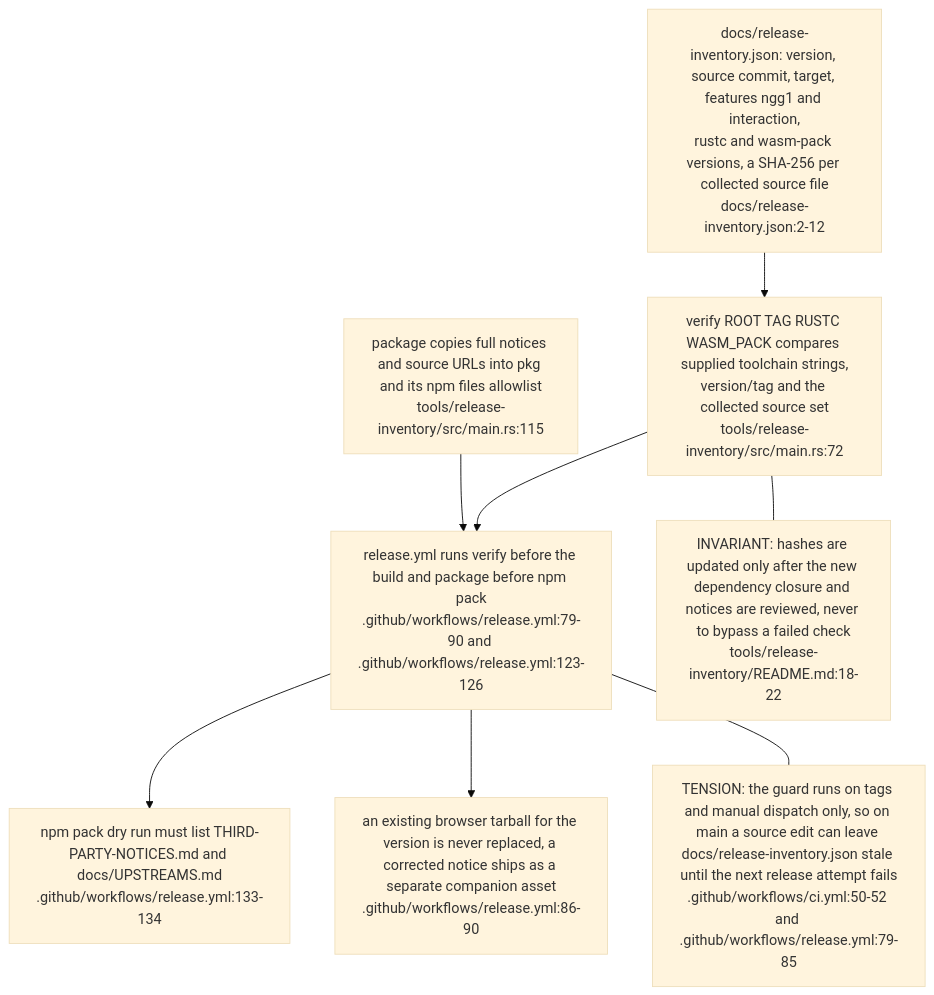
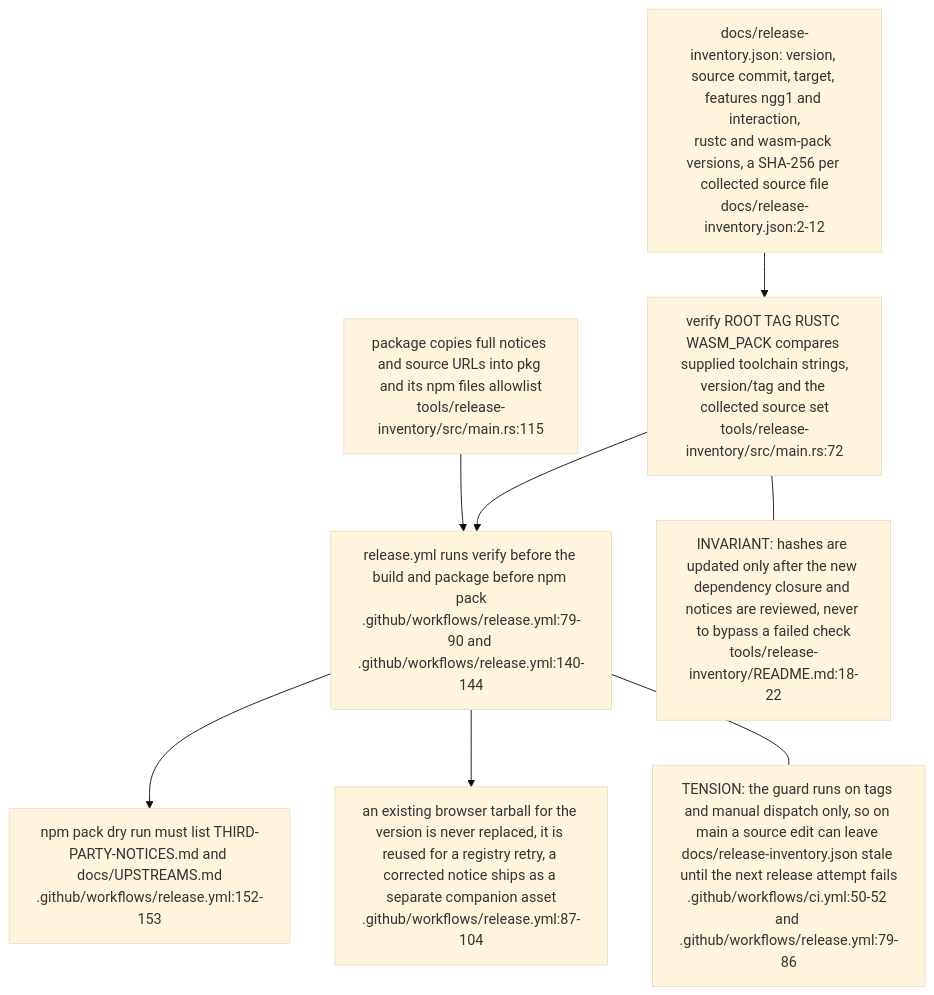
One commit to DreamLab-AI/VisionFlow changed the sixth of 6 diagrams in docs/diagrams/vowl-wasm/05-build-test-bench-and-publish.md. Above: the diagram before and after it, drawn with Mermaid (base theme). The commit also changed other lines of this file and 36 other files, not shown here.

First line of the commit message:
docs(diagrams): re-derive and re-stamp agentbox, dream-engine, visioncraft, visiontouch and vowl topics; drop LAN addresses

````diff
--- a/docs/diagrams/vowl-wasm/05-build-test-bench-and-publish.md
+++ b/docs/diagrams/vowl-wasm/05-build-test-bench-and-publish.md
@@ -116,18 +118,18 @@
 ```mermaid
 flowchart TB
     INVJ["docs/release-inventory.json: version, source commit, target, features ngg1 and interaction,<br/>rustc and wasm-pack versions, a SHA-256 per collected source file<br/>docs/release-inventory.json:2-12"]
     VER["verify ROOT TAG RUSTC WASM_PACK compares supplied toolchain strings,<br/>version/tag and the collected source set<br/>tools/release-inventory/src/main.rs:72"]
     PKG["package copies full notices and source URLs into pkg and its npm files allowlist<br/>tools/release-inventory/src/main.rs:115"]
-    REL["release.yml runs verify before the build and package before npm pack<br/>.github/workflows/release.yml:79-90 and .github/workflows/release.yml:123-126"]
-    DRY["npm pack dry run must list THIRD-PARTY-NOTICES.md and docs/UPSTREAMS.md<br/>.github/workflows/release.yml:133-134"]
-    FROZEN["an existing browser tarball for the version is never replaced, a corrected notice ships as a separate companion asset<br/>.github/workflows/release.yml:86-90"]
+    REL["release.yml runs verify before the build and package before npm pack<br/>.github/workflows/release.yml:79-90 and .github/workflows/release.yml:140-144"]
+    DRY["npm pack dry run must list THIRD-PARTY-NOTICES.md and docs/UPSTREAMS.md<br/>.github/workflows/release.yml:152-153"]
+    FROZEN["an existing browser tarball for the version is never replaced, it is reused for a registry retry, a corrected notice ships as a separate companion asset<br/>.github/workflows/release.yml:87-104"]
     INVJ --> VER
     VER --> REL
     PKG --> REL
     REL --> DRY
     REL --> FROZEN
     N1["INVARIANT: hashes are updated only after the new dependency closure and notices are reviewed, never to bypass a failed check<br/>tools/release-inventory/README.md:18-22"]
-    N2["TENSION: the guard runs on tags and manual dispatch only, so on main a source edit can leave docs/release-inventory.json stale until the next release attempt fails<br/>.github/workflows/ci.yml:50-52 and .github/workflows/release.yml:79-85"]
+    N2["TENSION: the guard runs on tags and manual dispatch only, so on main a source edit can leave docs/release-inventory.json stale until the next release attempt fails<br/>.github/workflows/ci.yml:50-52 and .github/workflows/release.yml:79-86"]
     VER --- N1
     REL --- N2
 ```
````
